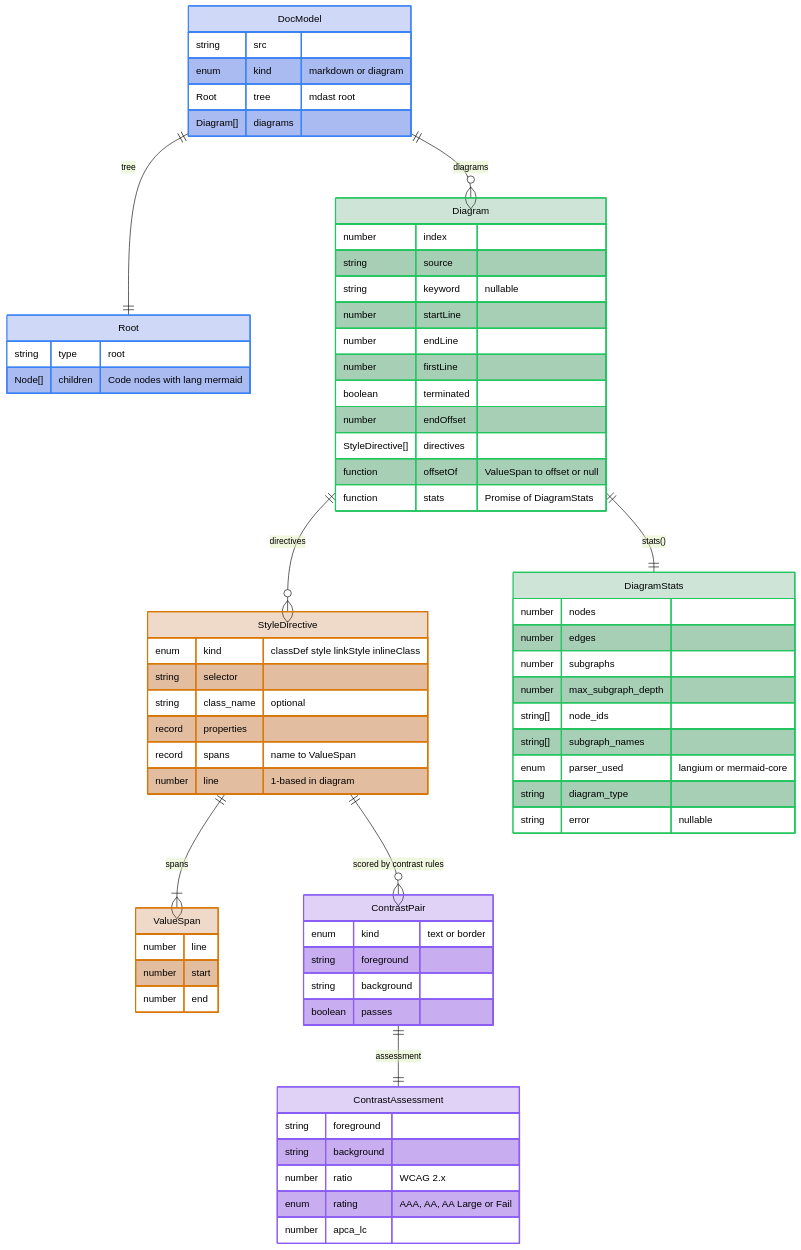
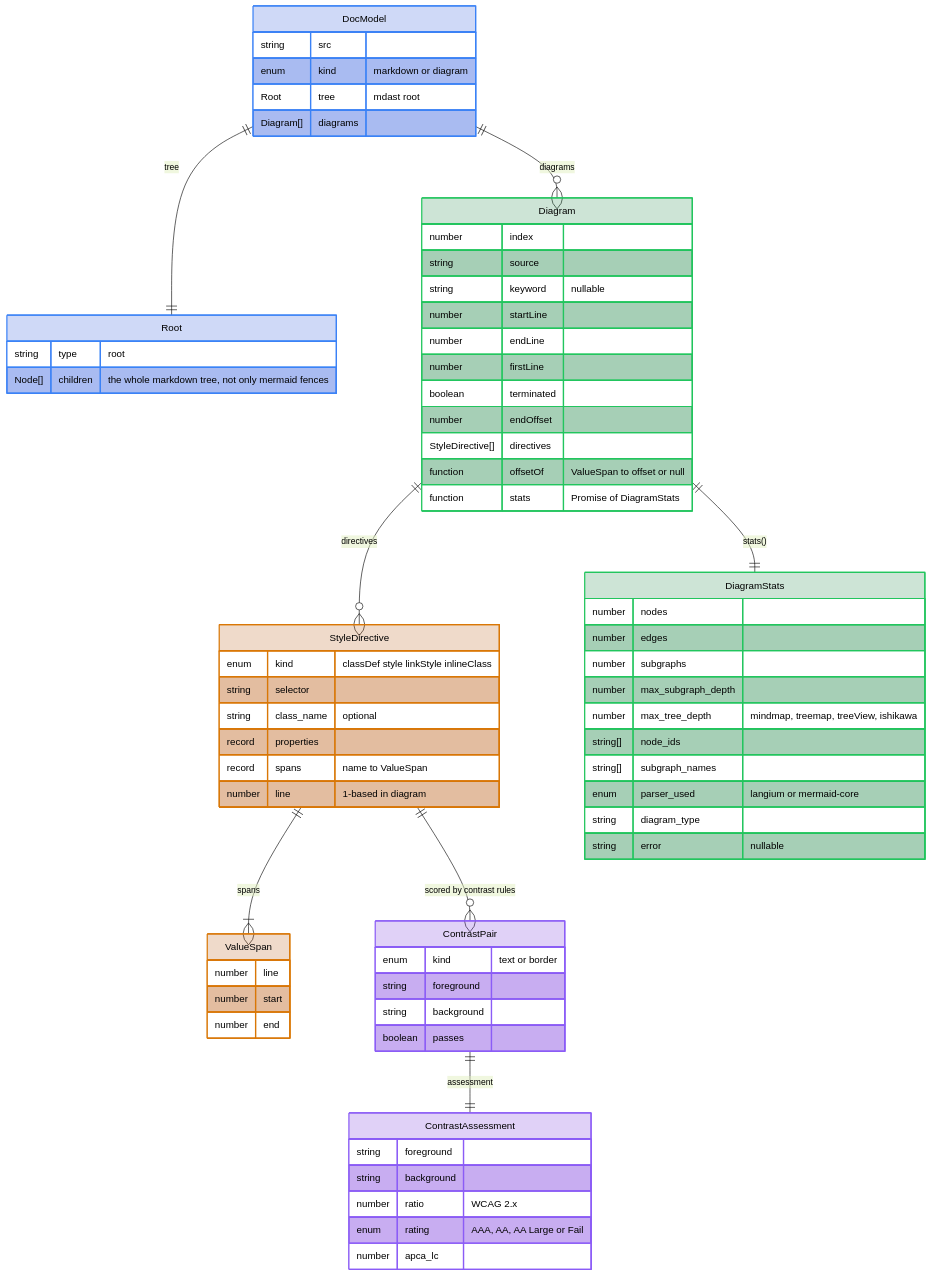
One commit to jpeakai/jpai-mermaidjs-lint changed the diagram in docs-site/diagrams/document-model-detail.md. Above: the diagram before and after it, drawn with Mermaid (forest theme). The commit also changed 39 other files, not shown here.

First line of the commit message:
Round 4: parse-safe fixes, tree depth, release-tracking site

````diff
--- a/docs-site/diagrams/document-model-detail.md
+++ b/docs-site/diagrams/document-model-detail.md
@@ -1,80 +1,81 @@
 ```mermaid
 erDiagram
     DocModel ||--|| Root : "tree"
     DocModel ||--o{ Diagram : "diagrams"
     Diagram ||--o{ StyleDirective : "directives"
     StyleDirective ||--|{ ValueSpan : "spans"
     Diagram ||--|| DiagramStats : "stats()"
     StyleDirective ||--o{ ContrastPair : "scored by contrast rules"
     ContrastPair ||--|| ContrastAssessment : "assessment"
 
     DocModel {
         string src
         enum kind "markdown or diagram"
         Root tree "mdast root"
         Diagram[] diagrams
     }
     Root {
         string type "root"
-        Node[] children "Code nodes with lang mermaid"
+        Node[] children "the whole markdown tree, not only mermaid fences"
     }
     Diagram {
         number index
         string source
         string keyword "nullable"
         number startLine
         number endLine
         number firstLine
         boolean terminated
         number endOffset
         StyleDirective[] directives
         function offsetOf "ValueSpan to offset or null"
         function stats "Promise of DiagramStats"
     }
     StyleDirective {
         enum kind "classDef style linkStyle inlineClass"
         string selector
         string class_name "optional"
         record properties
         record spans "name to ValueSpan"
         number line "1-based in diagram"
     }
     ValueSpan {
         number line
         number start
         number end
     }
     DiagramStats {
         number nodes
         number edges
         number subgraphs
         number max_subgraph_depth
+        number max_tree_depth "mindmap, treemap, treeView, ishikawa"
         string[] node_ids
         string[] subgraph_names
         enum parser_used "langium or mermaid-core"
         string diagram_type
         string error "nullable"
     }
     ContrastPair {
         enum kind "text or border"
         string foreground
         string background
         boolean passes
     }
     ContrastAssessment {
         string foreground
         string background
         number ratio "WCAG 2.x"
         enum rating "AAA, AA, AA Large or Fail"
         number apca_lc
     }
 
     classDef docTint fill:#1d4ed836,stroke:#3b82f6,stroke-width:2px
     classDef diagramTint fill:#15803d36,stroke:#22c55e,stroke-width:2px
     classDef styleTint fill:#b4530936,stroke:#d97706,stroke-width:2px
     classDef scoreTint fill:#6d28d936,stroke:#8b5cf6,stroke-width:2px
     class DocModel,Root docTint
     class Diagram,DiagramStats diagramTint
     class StyleDirective,ValueSpan styleTint
     class ContrastPair,ContrastAssessment scoreTint
 ```
````
